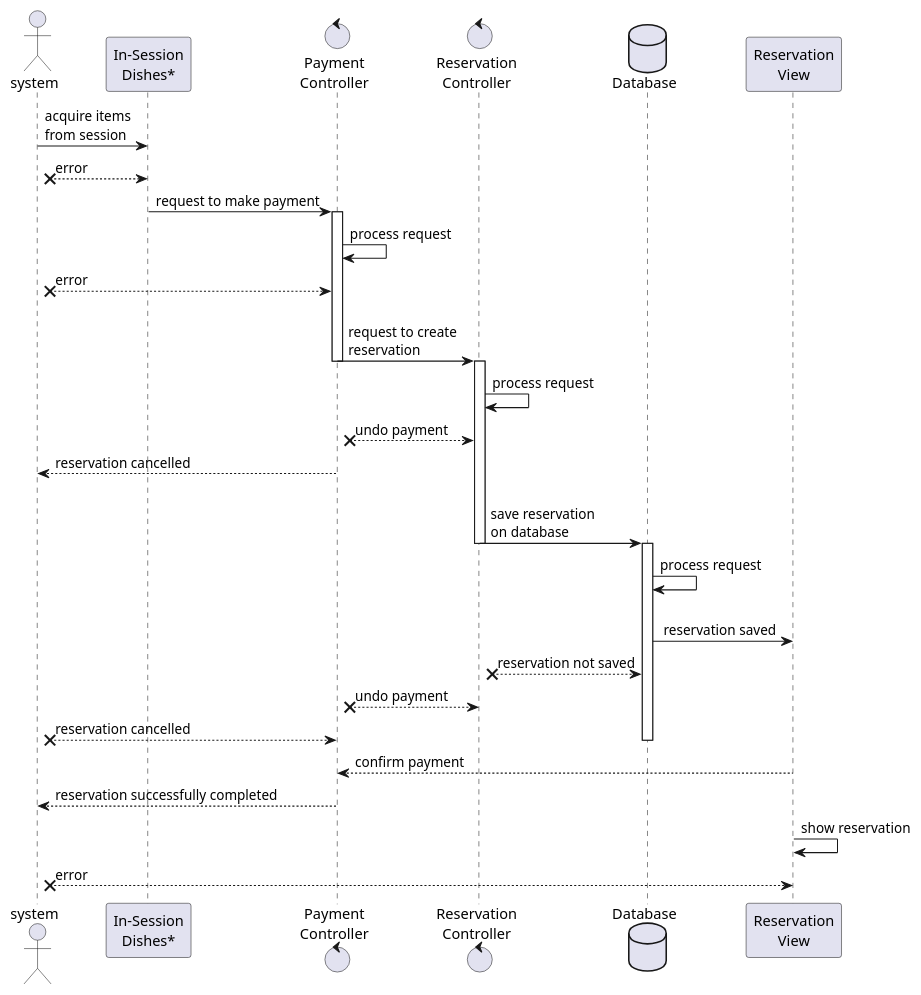
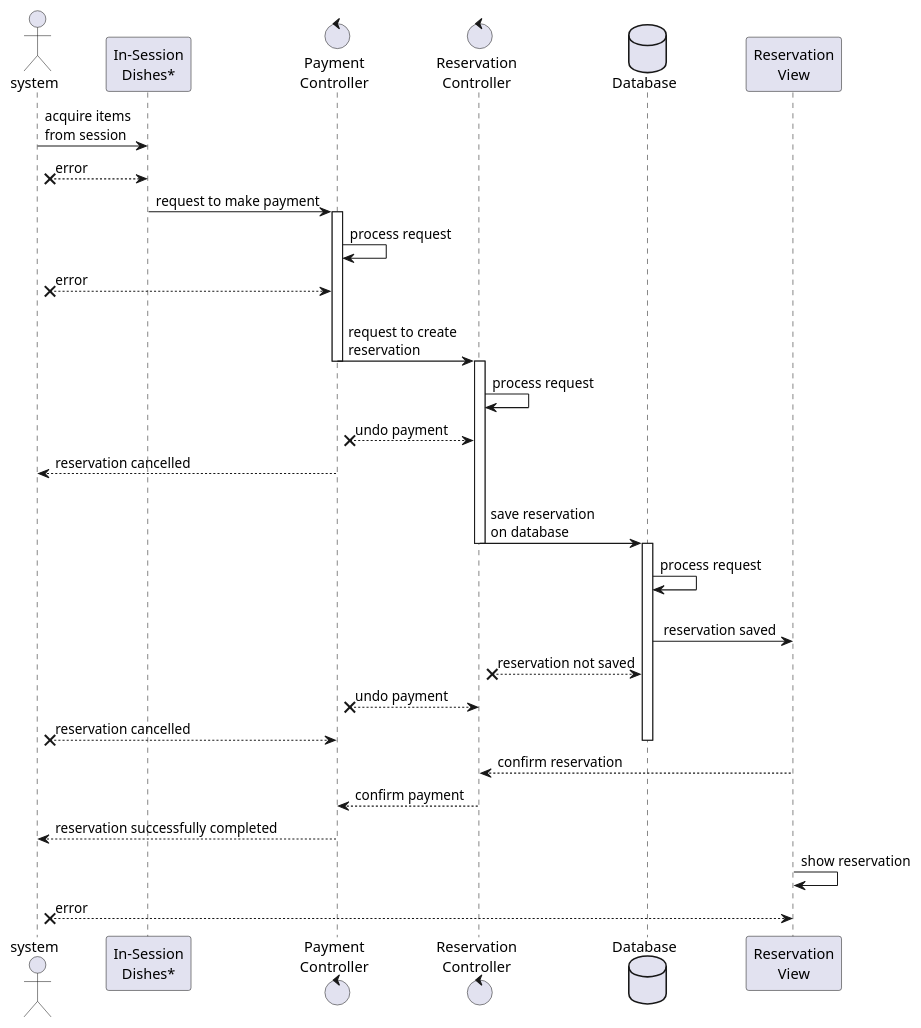
Before and after one commit to TommasoScalici/FoodDelivery: the diagram in src/main/java/unipa/fooddelivery/diagrams/sequence/system/reservationProcessing.wsd, drawn with PlantUML. The commit also changed 8 other files, not shown here.

Commit message:
create sequence diagram updateUserInfo, fix other sequence diagram and create use case for shoppin cart

```diff
--- a/src/main/java/unipa/fooddelivery/diagrams/sequence/system/reservationProcessing.wsd
+++ b/src/main/java/unipa/fooddelivery/diagrams/sequence/system/reservationProcessing.wsd
@@ -1,43 +1,44 @@
 @startuml reservationProcessing
 
 actor system
 participant "In-Session\nDishes*" as dishes
 control "Payment\nController" as paymentController
 control "Reservation\nController" as reservationController
 Database Database as db
 participant "Reservation\nView" as ReservationView
 
 system -> dishes : acquire items\nfrom session
 system x-- dishes : error
 dishes -> paymentController : request to make payment
 
 activate paymentController
 paymentController -> paymentController : process request
 system x-- paymentController : error
 paymentController -> reservationController : \n request to create\n reservation
 deactivate paymentController
 
 activate reservationController
 reservationController -> reservationController : process request
 paymentController x-- reservationController : undo payment
 system <-- paymentController : reservation cancelled
 reservationController -> db : \n save reservation\n on database
 deactivate reservationController
 
 activate db
 db -> db : process request
 db -> ReservationView : \n reservation saved
 reservationController x-- db : reservation not saved
 paymentController x-- reservationController : undo payment
 system x-- paymentController : reservation cancelled
 deactivate db
  
-paymentController <-- ReservationView : confirm payment
+reservationController <-- ReservationView : confirm reservation
+paymentController <-- reservationController : confirm payment
 system <-- paymentController : reservation successfully completed
 
 ReservationView -> ReservationView : show reservation
 system x-- ReservationView : error
 
 
 
 @enduml
```
